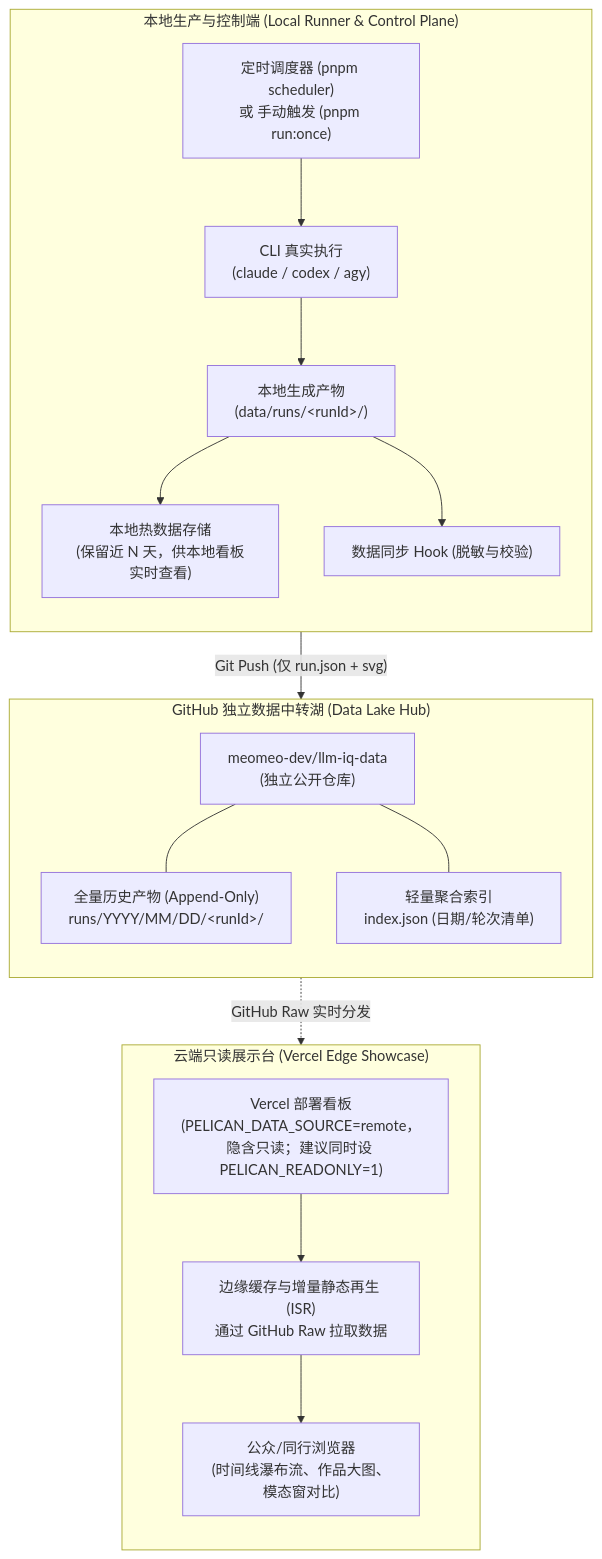
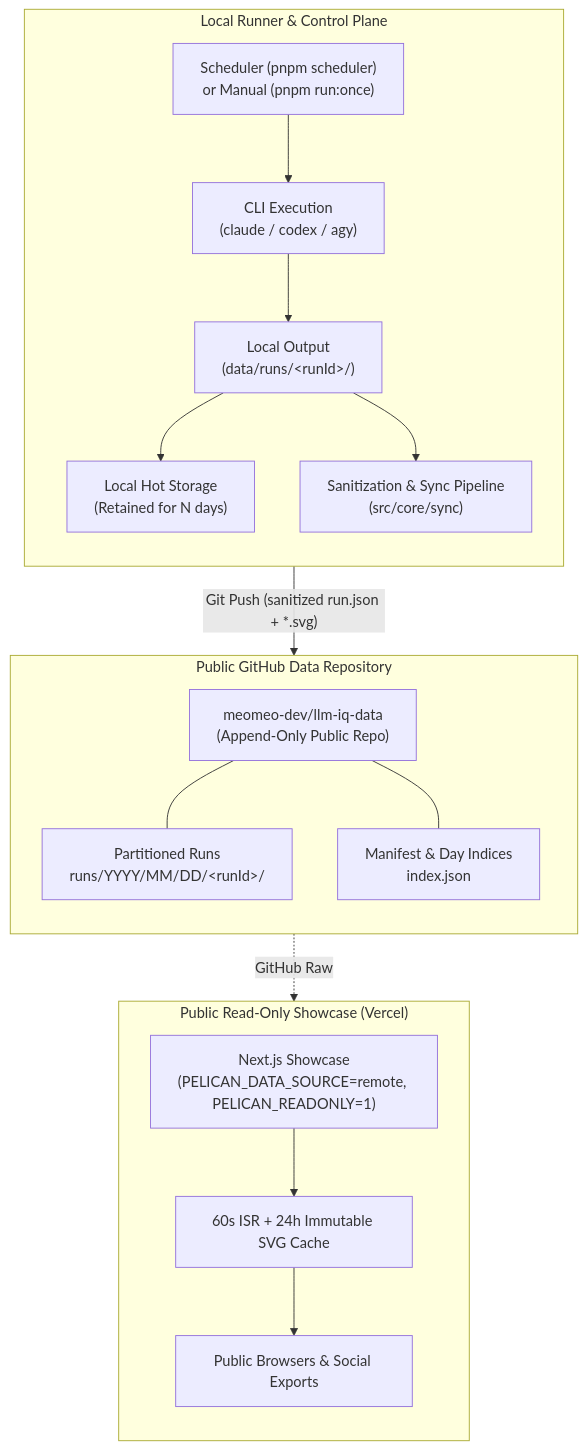
One commit to meomeo-dev/llm-iq-dashboard changed the diagram in docs/data-sync-architecture.md. Above: the diagram before and after it, drawn with Mermaid. The commit also changed other lines of this file and 14 other files, not shown here.

````diff
--- a/docs/data-sync-architecture.md
+++ b/docs/data-sync-architecture.md
@@ -31,30 +24,30 @@
 ```mermaid
 flowchart TB
-    subgraph 本地生产端 ["本地生产与控制端 (Local Runner & Control Plane)"]
+    subgraph LocalPlane ["Local Runner & Control Plane"]
         direction TB
-        A1["定时调度器 (pnpm scheduler)<br/>或 手动触发 (pnpm run:once)"] --> A2["CLI 真实执行<br/>(claude / codex / agy)"]
-        A2 --> A3["本地生成产物<br/>(data/runs/&lt;runId&gt;/)"]
-        A3 --> A4["本地热数据存储<br/>(保留近 N 天，供本地看板实时查看)"]
-        A3 --> A5["数据同步 Hook (脱敏与校验)"]
+        A1["Scheduler (pnpm scheduler)<br/>or Manual (pnpm run:once)"] --> A2["CLI Execution<br/>(claude / codex / agy)"]
+        A2 --> A3["Local Output<br/>(data/runs/&lt;runId&gt;/)"]
+        A3 --> A4["Local Hot Storage<br/>(Retained for N days)"]
+        A3 --> A5["Sanitization & Sync Pipeline<br/>(src/core/sync)"]
     end
 
-    subgraph GitHub数据湖 ["GitHub 独立数据中转湖 (Data Lake Hub)"]
+    subgraph DataLake ["Public GitHub Data Repository"]
         direction TB
-        B1["meomeo-dev/llm-iq-data<br/>(独立公开仓库)"]
-        B2["全量历史产物 (Append-Only)<br/>runs/YYYY/MM/DD/&lt;runId&gt;/"]
-        B3["轻量聚合索引<br/>index.json (日期/轮次清单)"]
+        B1["meomeo-dev/llm-iq-data<br/>(Append-Only Public Repo)"]
+        B2["Partitioned Runs<br/>runs/YYYY/MM/DD/&lt;runId&gt;/"]
+        B3["Manifest & Day Indices<br/>index.json"]
         B1 --- B2
         B1 --- B3
     end
 
-    subgraph 云端展示台 ["云端只读展示台 (Vercel Edge Showcase)"]
+    subgraph EdgeShowcase ["Public Read-Only Showcase (Vercel)"]
         direction TB
-        C1["Vercel 部署看板<br/>(PELICAN_DATA_SOURCE=remote，隐含只读；建议同时设 PELICAN_READONLY=1)"]
-        C2["边缘缓存与增量静态再生 (ISR)<br/>通过 GitHub Raw 拉取数据"]
-        C3["公众/同行浏览器<br/>(时间线瀑布流、作品大图、模态窗对比)"]
+        C1["Next.js Showcase<br/>(PELICAN_DATA_SOURCE=remote, PELICAN_READONLY=1)"]
+        C2["60s ISR + 24h Immutable SVG Cache"]
+        C3["Public Browsers & Social Exports"]
         C1 --> C2 --> C3
     end
 
-    A5 -->|"Git Push (仅 run.json + svg)"| B1
-    B1 -.->|"GitHub Raw 实时分发"| C1
+    A5 -->|"Git Push (sanitized run.json + *.svg)"| B1
+    B1 -.->|"GitHub Raw"| C1
 ```
````
